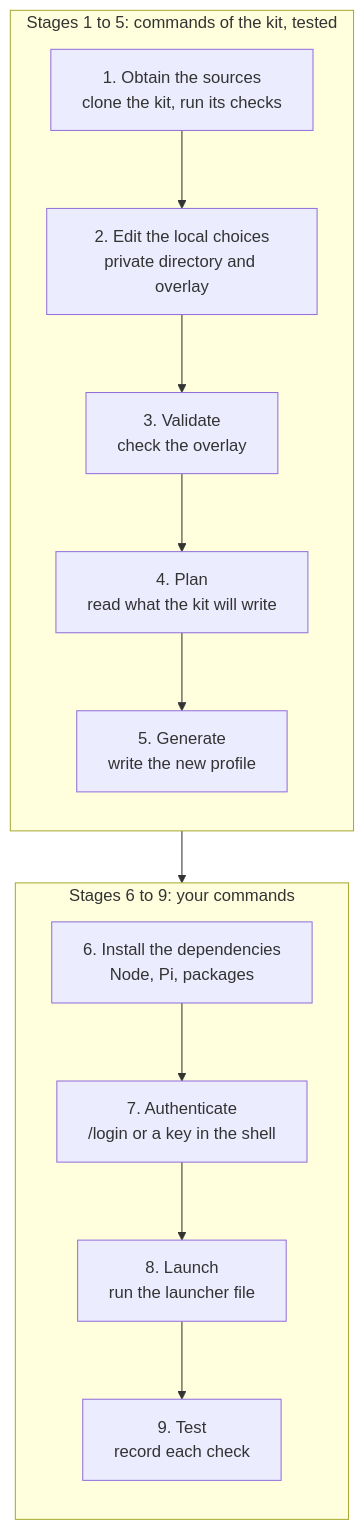
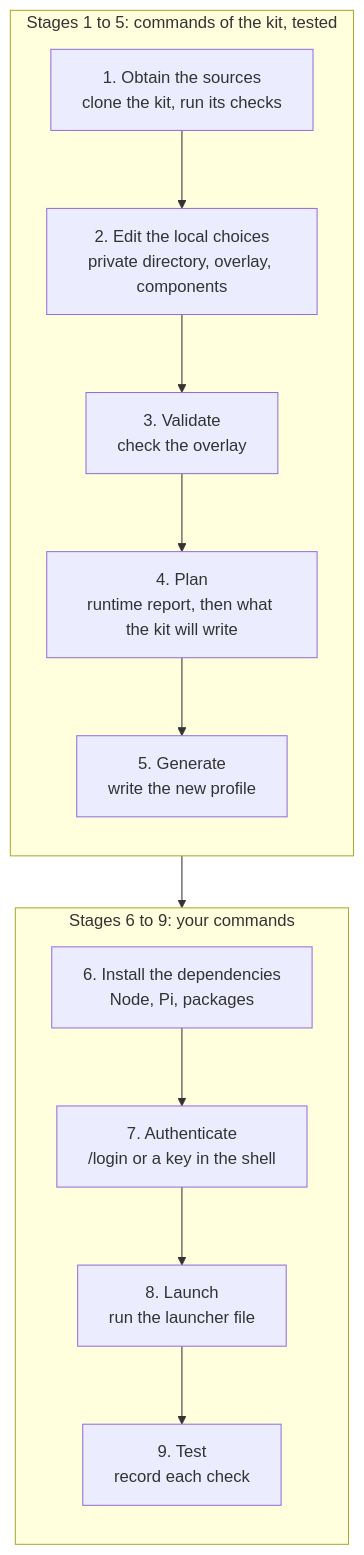
The diagram in src/content/docs/tenant-pi/install/index.mdx (ryg40/tenant-docs), drawn with Mermaid before and after one commit. The commit also changed other lines of this file and 195 other files, not shown here.

````diff
--- a/src/content/docs/tenant-pi/install/index.mdx
+++ b/src/content/docs/tenant-pi/install/index.mdx
@@ -18,21 +18,21 @@
 ```mermaid
 flowchart TD
     subgraph kit["Stages 1 to 5: commands of the kit, tested"]
         direction TB
         s1["1. Obtain the sources<br/>clone the kit, run its checks"]
-        s2["2. Edit the local choices<br/>private directory and overlay"]
+        s2["2. Edit the local choices<br/>private directory, overlay, components"]
         s3["3. Validate<br/>check the overlay"]
-        s4["4. Plan<br/>read what the kit will write"]
+        s4["4. Plan<br/>runtime report, then what the kit will write"]
         s5["5. Generate<br/>write the new profile"]
         s1 --> s2 --> s3 --> s4 --> s5
     end
     subgraph you["Stages 6 to 9: your commands"]
         direction TB
         s6["6. Install the dependencies<br/>Node, Pi, packages"]
         s7["7. Authenticate<br/>/login or a key in the shell"]
         s8["8. Launch<br/>run the launcher file"]
         s9["9. Test<br/>record each check"]
         s6 --> s7 --> s8 --> s9
     end
     s5 --> s6
 ```
````
